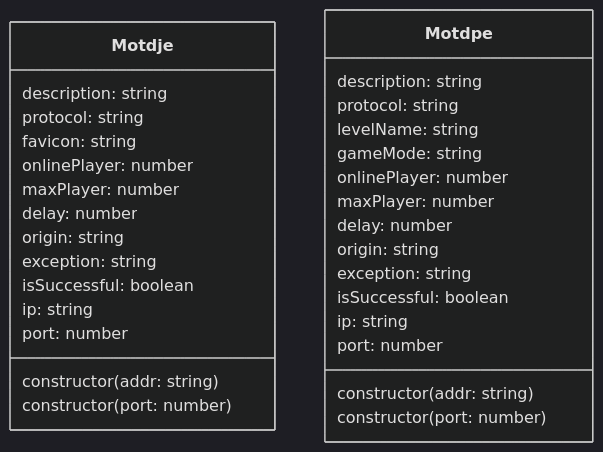
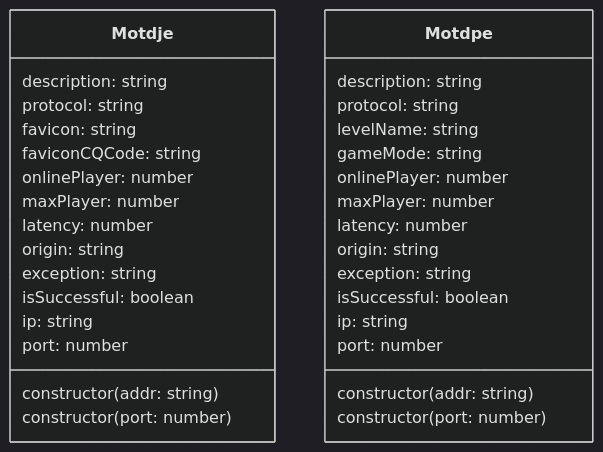
One commit to SereinDev/old-docs changed the diagram in docs/development/class/Motd.md. Above: the diagram before and after it, drawn with Mermaid (dark theme). The commit also changed other lines of this file and 2 other files, not shown here.

````diff
--- a/docs/development/class/Motd.md
+++ b/docs/development/class/Motd.md
@@ -5,37 +5,38 @@
 ```mermaid
 classDiagram
   class Motdje{
     description: string
     protocol: string
     favicon: string
+    faviconCQCode: string
     onlinePlayer: number
     maxPlayer: number
-    delay: number
+    latency: number
     origin: string
     exception: string
     isSuccessful: boolean
     ip: string
     port: number
 
     constructor(addr: string)
     constructor(port: number)
   }
 
   class Motdpe{
     description: string
     protocol: string
     levelName: string
     gameMode: string
     onlinePlayer: number
     maxPlayer: number
-    delay: number
+    latency: number
     origin: string
     exception: string
     isSuccessful: boolean
     ip: string
     port: number
 
     constructor(addr: string)
     constructor(port: number)
   }
 ```
````
